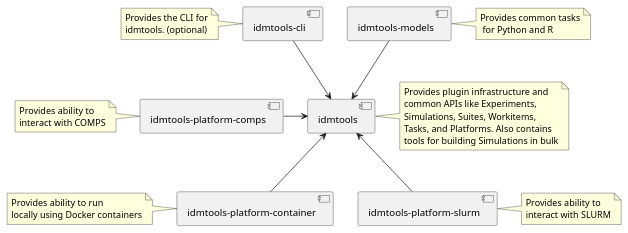
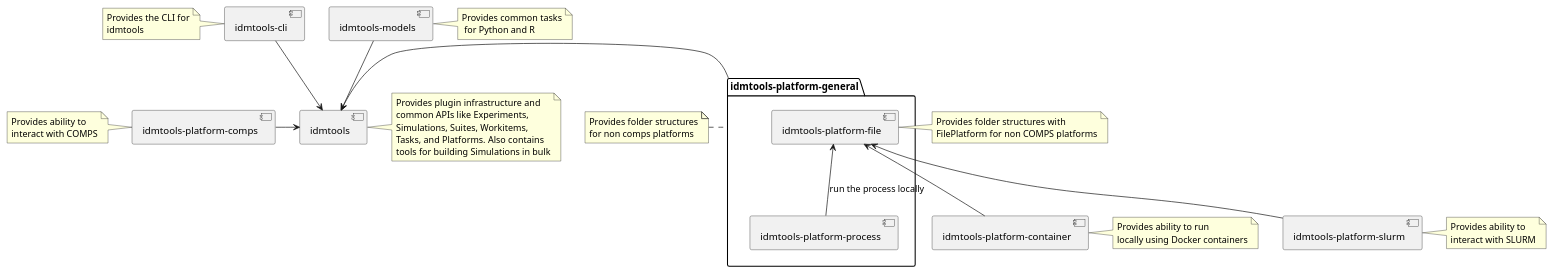
The diagram in docs/diagrams/packages_overview.puml (InstituteforDiseaseModeling/idmtools), drawn with PlantUML before and after one commit.

Commit message:
roll back packages_overview.puml to previous one

```diff
--- a/docs/diagrams/packages_overview.puml
+++ b/docs/diagrams/packages_overview.puml
@@ -1,43 +1,56 @@
 @startuml
 
 [idmtools]
 note right of idmtools
 Provides plugin infrastructure and
 common APIs like Experiments,
 Simulations, Suites, Workitems,
 Tasks, and Platforms. Also contains
 tools for building Simulations in bulk
 end note
 [idmtools-cli]
 note left of [idmtools-cli]
     Provides the CLI for
-    idmtools. (optional)
+    idmtools
 end note
 [idmtools-models]
 note right of [idmtools-models]
     Provides common tasks
      for Python and R
 end note
 [idmtools-platform-comps]
 note left of [idmtools-platform-comps]
     Provides ability to
     interact with COMPS
 end note
+package [idmtools-platform-general] {
+    [idmtools-platform-file]
+    [idmtools-platform-process]
+    }
+note left of [idmtools-platform-general]
+    Provides folder structures
+    for non comps platforms
+end note
+note left of [idmtools-platform-file]
+    Provides folder structures with
+    FilePlatform for non COMPS platforms
+end note
 [idmtools-platform-container]
-note left of [idmtools-platform-container]
+note right of [idmtools-platform-container]
     Provides ability to run
     locally using Docker containers
 end note
 [idmtools-platform-slurm]
 note right of [idmtools-platform-slurm]
     Provides ability to
     interact with SLURM
 end note
 
 [idmtools-cli] --> [idmtools]
 [idmtools-models] --> [idmtools]
-[idmtools-platform-comps] -> idmtools
-[idmtools-platform-container] -up-> idmtools
-[idmtools-platform-slurm] -up-> idmtools
-
+[idmtools-platform-comps] -> [idmtools]
+[idmtools-platform-general] -> [idmtools]
+[idmtools-platform-container] -up-> [idmtools-platform-file]
+[idmtools-platform-slurm] -up-> [idmtools-platform-file]
+[idmtools-platform-process] -up-> [idmtools-platform-file]:run the process locally
 @enduml
```
